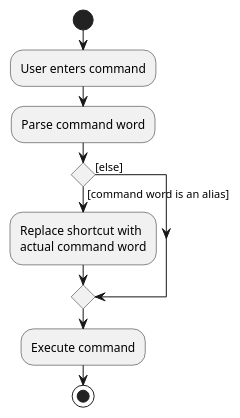
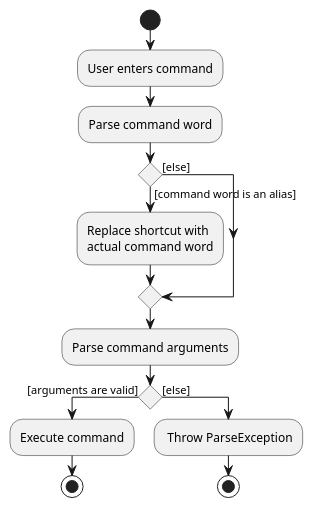
The diagram in docs/diagrams/AliasActivityDiagram.puml (nus-cs2103-AY2122S1/tp), drawn with PlantUML before and after one commit. The commit also changed 145 other files, not shown here.

```diff
--- a/docs/diagrams/AliasActivityDiagram.puml
+++ b/docs/diagrams/AliasActivityDiagram.puml
@@ -1,16 +1,21 @@
 @startuml
 start
 :User enters command;
 :Parse command word;
 
 'Since the beta syntax does not support placing the condition outside the
 'diamond we place it as the true branch instead.
 
 if () then ([command word is an alias])
     :Replace shortcut with
     actual command word;
 else ([else])
 endif
-:Execute command;
+:Parse command arguments;
+if () then ([arguments are valid])
+    :Execute command;
+stop
+else ([else])
+: Throw ParseException;
 stop
 @enduml
```
